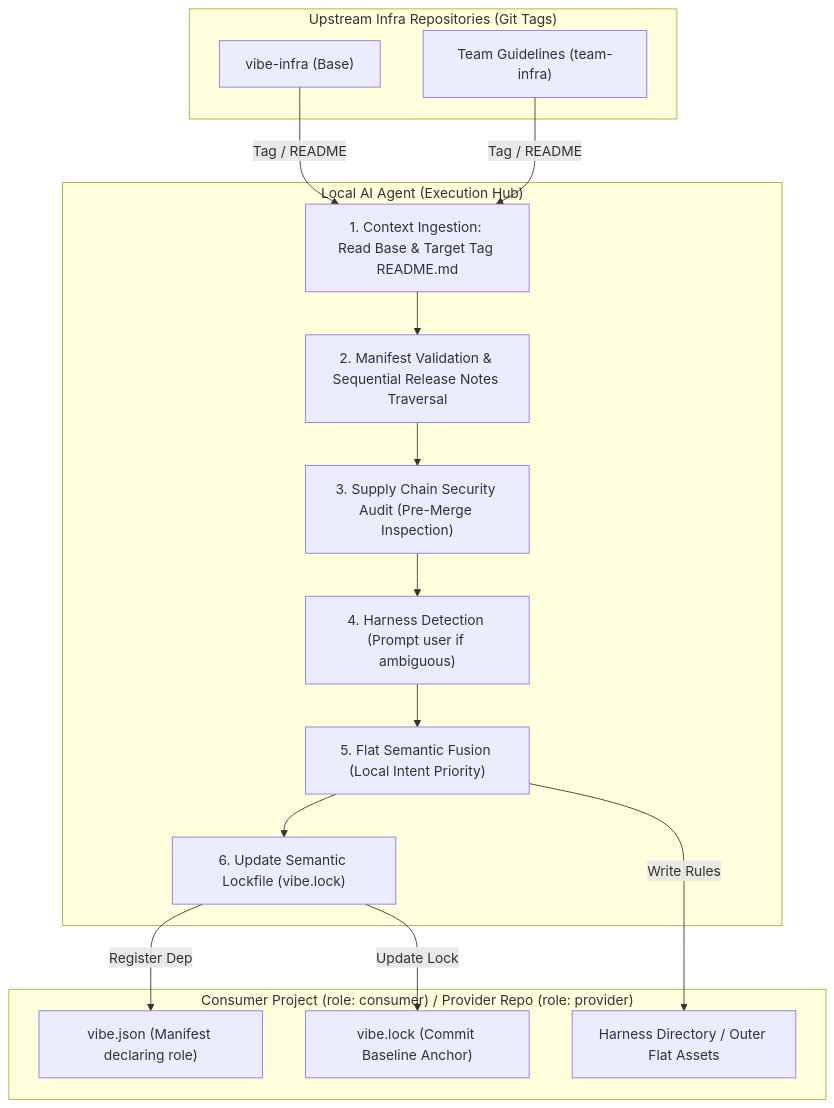
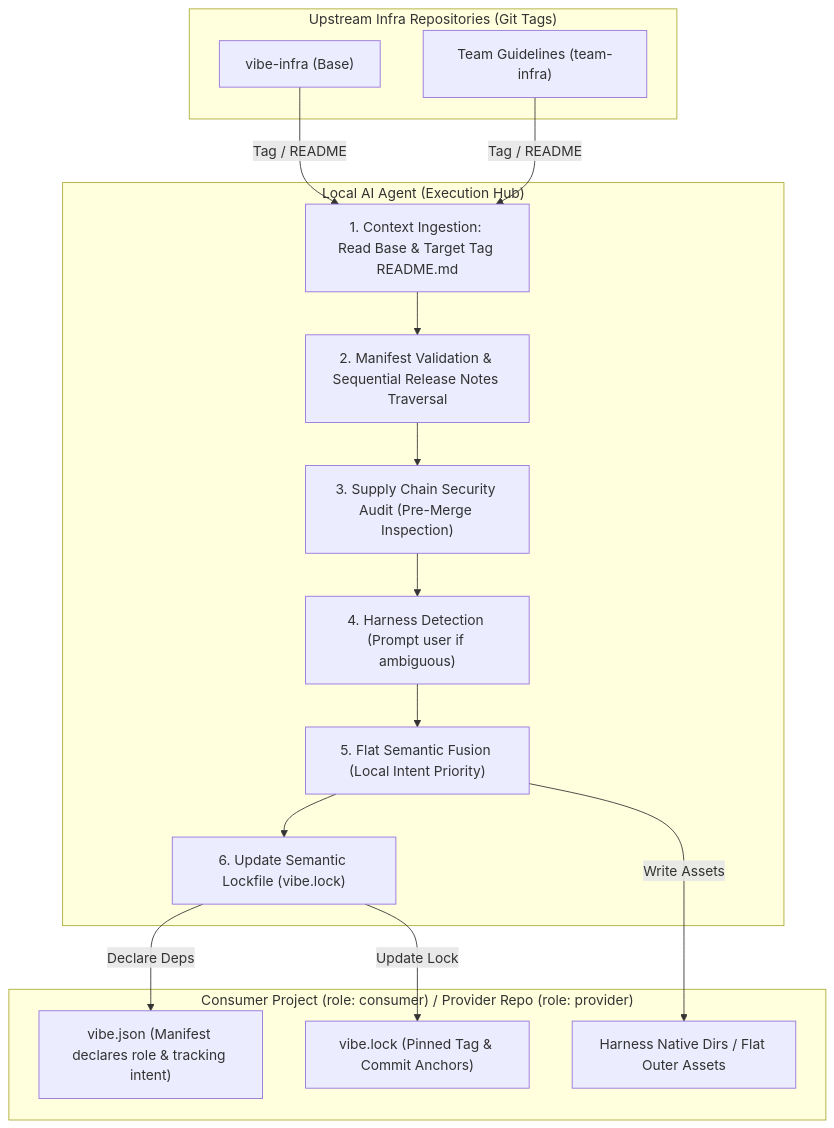
Before and after one commit to seho-dev/vibe-infra: the diagram in README.md, drawn with Mermaid. The commit also changed other lines of this file and 6 other files, not shown here.

Commit message:
feat(spec): default manifest dependency version to latest and track resolved tag in lockfile

````diff
--- a/README.md
+++ b/README.md
@@ -29,33 +29,33 @@
 ```mermaid
 flowchart TD
     subgraph Upstream ["Upstream Infra Repositories (Git Tags)"]
         BaseInfra["vibe-infra (Base)"]
         TeamInfra["Team Guidelines (team-infra)"]
     end
 
     subgraph AgentEngine ["Local AI Agent (Execution Hub)"]
         Context["1. Context Ingestion: Read Base & Target Tag README.md"]
         Verify["2. Manifest Validation & Sequential Release Notes Traversal"]
         Audit["3. Supply Chain Security Audit (Pre-Merge Inspection)"]
         HarnessDetect["4. Harness Detection (Prompt user if ambiguous)"]
         SemanticMerge["5. Flat Semantic Fusion (Local Intent Priority)"]
         LockGen["6. Update Semantic Lockfile (vibe.lock)"]
     end
 
     subgraph LocalProject ["Consumer Project (role: consumer) / Provider Repo (role: provider)"]
-        VibeJson["vibe.json (Manifest declaring role)"]
-        VibeLock["vibe.lock (Commit Baseline Anchor)"]
-        TargetDir["Harness Directory / Outer Flat Assets"]
+        VibeJson["vibe.json (Manifest declares role & tracking intent)"]
+        VibeLock["vibe.lock (Pinned Tag & Commit Anchors)"]
+        TargetDir["Harness Native Dirs / Flat Outer Assets"]
     end
 
     BaseInfra -->|"Tag / README"| Context
     TeamInfra -->|"Tag / README"| Context
     Context --> Verify
     Verify --> Audit
     Audit --> HarnessDetect
     HarnessDetect --> SemanticMerge
     SemanticMerge --> LockGen
     LockGen -->|"Update Lock"| VibeLock
-    LockGen -->|"Register Dep"| VibeJson
-    SemanticMerge -->|"Write Rules"| TargetDir
+    LockGen -->|"Declare Deps"| VibeJson
+    SemanticMerge -->|"Write Assets"| TargetDir
 ```
````
